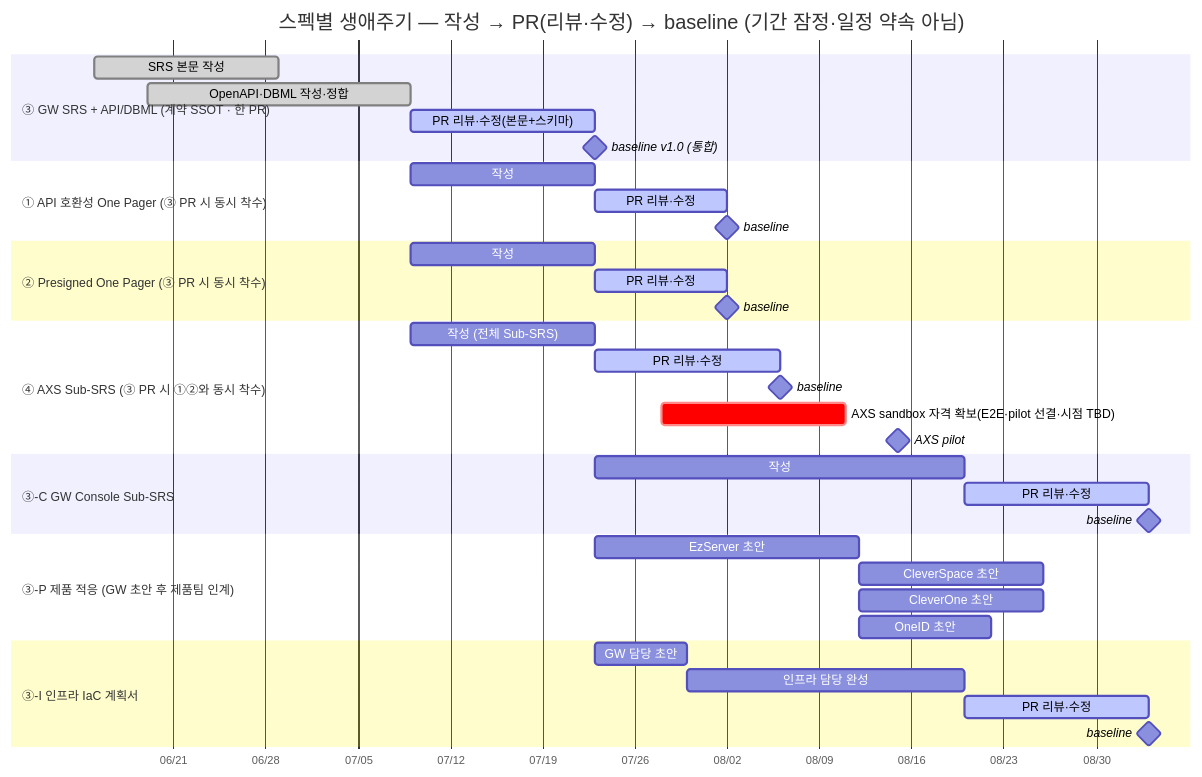
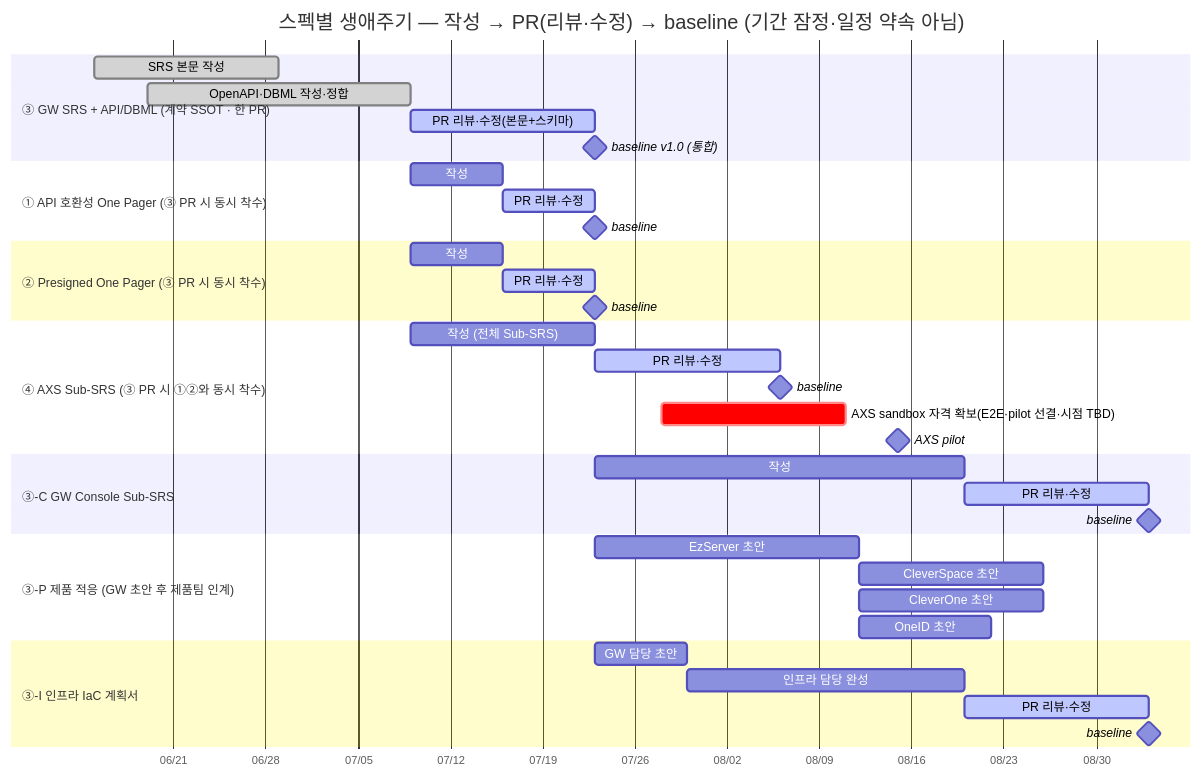
Before and after one commit to gracegyu/scp-architecture: diagram 14 of 14 in docs/VT_API_Gateway/08.VT_API_Gateway/VT API Gateway — PRD (v2)/VT API Gateway — 개발 Roadmap 결정.md, drawn with Mermaid. The commit also changed 1 other file, not shown here.

Commit message:
문서 업데이트: VT API Gateway의 주간회의 아젠다에 GW SRS 리뷰어 목록을 확정하고, 각 영역별 리뷰어를 지정하여 리뷰 프로세스를 원활하게 하였으며, 개발 로드맵 문서에서 스펙 작성 및 PR 리뷰 기간을 단축하여 일정 관리의 효율성을 높였습니다.

````diff
--- a/docs/VT_API_Gateway/08.VT_API_Gateway/VT API Gateway — PRD (v2)/VT API Gateway — 개발 Roadmap 결정.md
+++ b/docs/VT_API_Gateway/08.VT_API_Gateway/VT API Gateway — PRD (v2)/VT API Gateway — 개발 Roadmap 결정.md
@@ -698,47 +698,47 @@
 ```mermaid
 gantt
     title 스펙별 생애주기 — 작성 → PR(리뷰·수정) → baseline (기간 잠정·일정 약속 아님)
     dateFormat YYYY-MM-DD
     axisFormat %m/%d
-    todayMarker off
+    todayMarker stroke-width:3px,stroke:#d33,opacity:0.6
 
     section ③ GW SRS + API/DBML (계약 SSOT · 한 PR)
     SRS 본문 작성            :done, srsw, 2026-06-15, 14d
     OpenAPI·DBML 작성·정합   :done, designw, 2026-06-19, 20d
     PR 리뷰·수정(본문+스키마) :active, srspr, 2026-07-09, 14d
     baseline v1.0 (통합)     :milestone, srsbl, after srspr, 0d
 
     section ① API 호환성 One Pager (③ PR 시 동시 착수)
-    작성                  :op1w, 2026-07-09, 14d
-    PR 리뷰·수정          :active, op1pr, after op1w, 10d
+    작성                  :op1w, 2026-07-09, 7d
+    PR 리뷰·수정          :active, op1pr, after op1w, 7d
     baseline              :milestone, op1bl, after op1pr, 0d
 
     section ② Presigned One Pager (③ PR 시 동시 착수)
-    작성                  :op2w, 2026-07-09, 14d
-    PR 리뷰·수정          :active, op2pr, after op2w, 10d
+    작성                  :op2w, 2026-07-09, 7d
+    PR 리뷰·수정          :active, op2pr, after op2w, 7d
     baseline              :milestone, op2bl, after op2pr, 0d
 
     section ④ AXS Sub-SRS (③ PR 시 ①②와 동시 착수)
     작성 (전체 Sub-SRS)    :axsw, 2026-07-09, 14d
     PR 리뷰·수정          :active, axspr, after axsw, 14d
     baseline              :milestone, axsbl, after axspr, 0d
     AXS sandbox 자격 확보(E2E·pilot 선결·시점 TBD) :crit, cred, 2026-07-28, 14d
     AXS pilot             :milestone, pilot, 2026-08-15, 0d
 
     section ③-C GW Console Sub-SRS
     작성                  :conw, after srsbl, 28d
     PR 리뷰·수정          :active, conpr, after conw, 14d
     baseline              :milestone, conbl, after conpr, 0d
 
     section ③-P 제품 적응 (GW 초안 후 제품팀 인계)
     EzServer 초안         :ezw, after srsbl, 20d
     CleverSpace 초안      :csw, after ezw, 14d
     CleverOne 초안        :cow, after ezw, 14d
     OneID 초안            :oidw, after ezw, 10d
 
     section ③-I 인프라 IaC 계획서
     GW 담당 초안          :infw1, after srsbl, 7d
     인프라 담당 완성       :infw2, after infw1, 21d
     PR 리뷰·수정          :active, infpr, after infw2, 14d
     baseline              :milestone, infbl, after infpr, 0d
 ```
````
